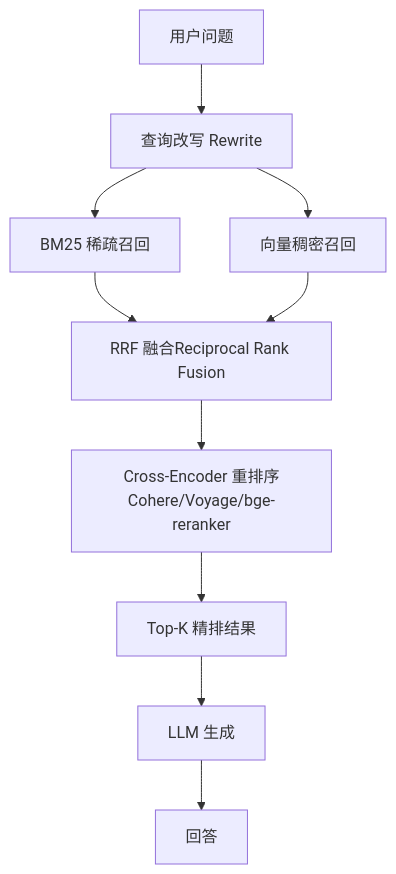
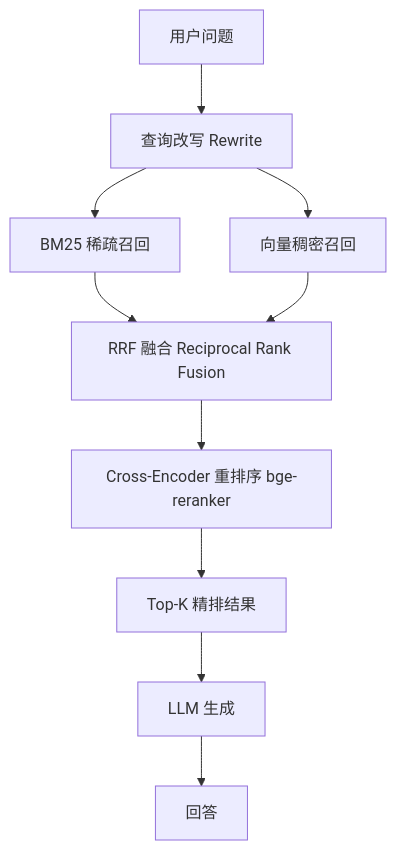
The third of 18 diagrams in docs/kb_retrieval_solutions.md (Laughingtt/kb-retrieval-sys), drawn with Mermaid before and after one commit. The commit also changed other lines of this file, not shown here.

````diff
--- a/docs/kb_retrieval_solutions.md
+++ b/docs/kb_retrieval_solutions.md
@@ -111,12 +113,12 @@
 ```mermaid
 flowchart TD
     Q[用户问题] --> Q1[查询改写 Rewrite]
     Q1 --> S1[BM25 稀疏召回]
     Q1 --> S2[向量稠密召回]
-    S1 --> F[RRF 融合Reciprocal Rank Fusion]
+    S1 --> F[RRF 融合 Reciprocal Rank Fusion]
     S2 --> F
-    F --> R[Cross-Encoder 重排序Cohere/Voyage/bge-reranker]
+    F --> R[Cross-Encoder 重排序 bge-reranker]
     R --> T[Top-K 精排结果]
     T --> L[LLM 生成]
     L --> A[回答]
 ```
````
